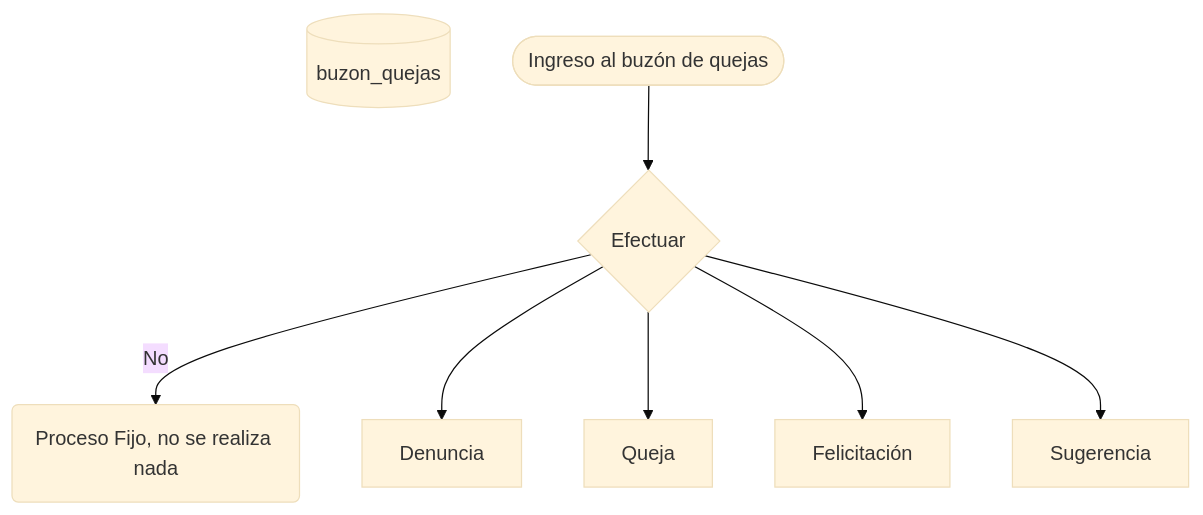
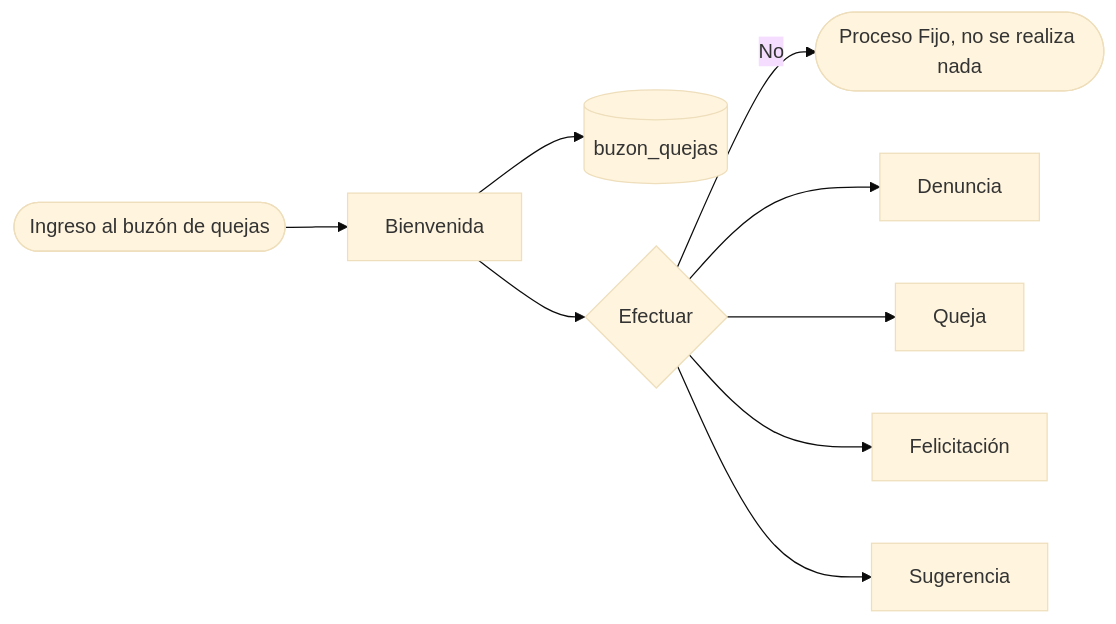
One commit to untalmike/mailbox changed the diagram in README.md. Above: the diagram before and after it, drawn with Mermaid (base theme).

Commit message:
Pruebas con el README

````diff
--- a/README.md
+++ b/README.md
@@ -40,17 +40,20 @@
     ```mermaid
-        graph TD;
+        graph LR;
             buzonQuejas[(buzon_quejas)]
             inicio([Ingreso al buzón de quejas])
+            bienvenida[Bienvenida]
             efectuar{Efectuar}
-            procesoFijo(Proceso Fijo, no se realiza nada)
+            procesoFijo([Proceso Fijo, no se realiza nada])
             denuncia[Denuncia]
             queja[Queja]
             sugerencia[Sugerencia]
             felicitacion[Felicitación]
-            inicio-->efectuar;
+            inicio-->bienvenida;
+            bienvenida-->buzonQuejas;
+            bienvenida-->efectuar;
             efectuar-->|No|procesoFijo;
             efectuar-->denuncia;
             efectuar-->queja;
             efectuar-->felicitacion;
             efectuar-->sugerencia;
     ```
````
